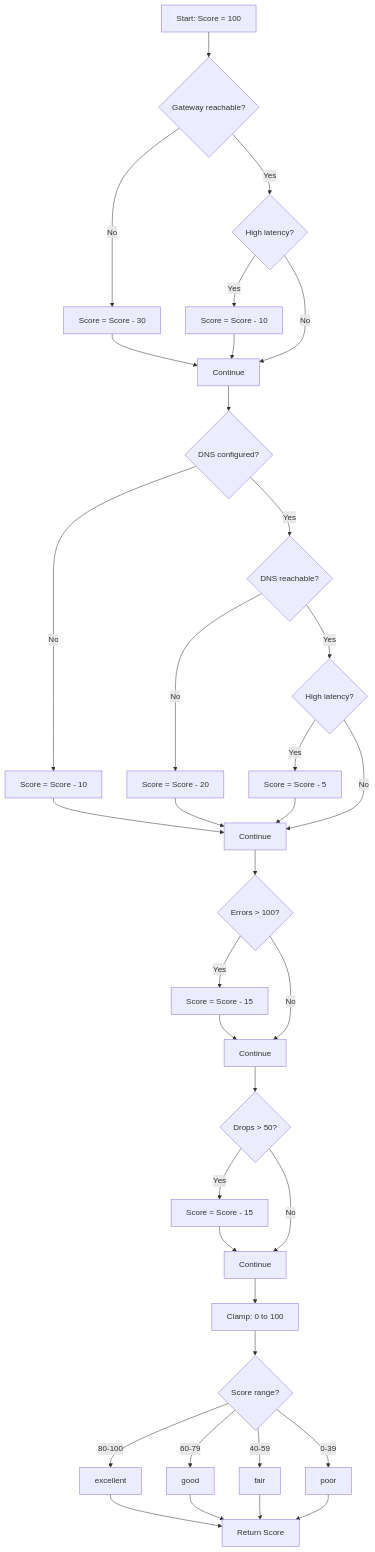
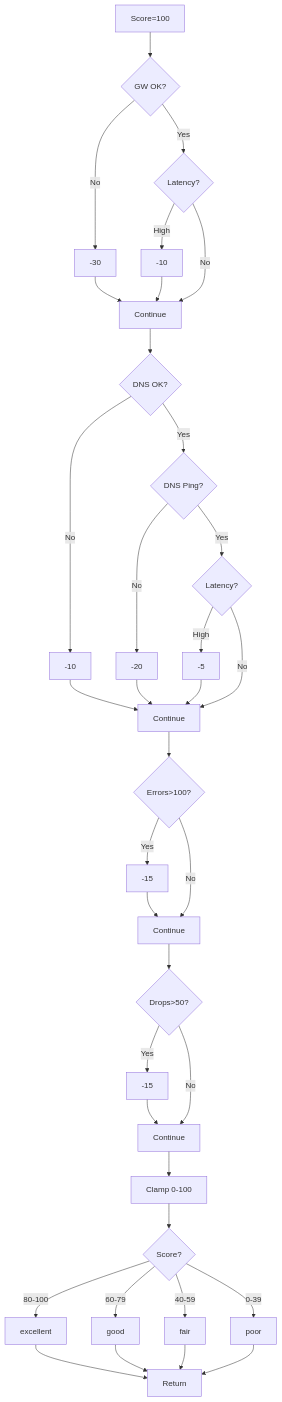
One commit to envsecure/network_project changed the fourth of 4 diagrams in docs/submission.md. Above: the diagram before and after it, drawn with Mermaid. The commit also changed other lines of this file, not shown here.

````diff
--- a/docs/submission.md
+++ b/docs/submission.md
@@ -188,42 +164,38 @@
 ```mermaid
 graph TD
-    A[Start: Score = 100] --> B{Gateway reachable?}
-    B -->|No| C[Score = Score - 30]
-    B -->|Yes| D{High latency?}
-    D -->|Yes| E[Score = Score - 10]
+    A[Score=100] --> B{GW OK?}
+    B -->|No| C[-30]
+    B -->|Yes| D{Latency?}
+    D -->|High| E[-10]
     D -->|No| F[Continue]
     C --> F
     E --> F
-
-    F --> G{DNS configured?}
-    G -->|No| H[Score = Score - 10]
-    G -->|Yes| I{DNS reachable?}
-    I -->|No| J[Score = Score - 20]
-    I -->|Yes| K{High latency?}
-    K -->|Yes| L[Score = Score - 5]
+    F --> G{DNS OK?}
+    G -->|No| H[-10]
+    G -->|Yes| I{DNS Ping?}
+    I -->|No| J[-20]
+    I -->|Yes| K{Latency?}
+    K -->|High| L[-5]
     K -->|No| M[Continue]
     H --> M
     J --> M
     L --> M
-
-    M --> N{Errors > 100?}
-    N -->|Yes| O[Score = Score - 15]
+    M --> N{Errors>100?}
+    N -->|Yes| O[-15]
     N -->|No| P[Continue]
     O --> P
-
-    P --> Q{Drops > 50?}
-    Q -->|Yes| R[Score = Score - 15]
+    P --> Q{Drops>50?}
+    Q -->|Yes| R[-15]
     Q -->|No| S[Continue]
     R --> S
-
-    S --> T[Clamp: 0 to 100]
-    T --> U{Score range?}
+    S --> T[Clamp 0-100]
+    T --> U{Score?}
     U -->|80-100| V[excellent]
     U -->|60-79| W[good]
     U -->|40-59| X[fair]
     U -->|0-39| Y[poor]
-    V --> Z[Return Score]
+    V --> Z[Return]
     W --> Z
     X --> Z
     Y --> Z
 ```
````
